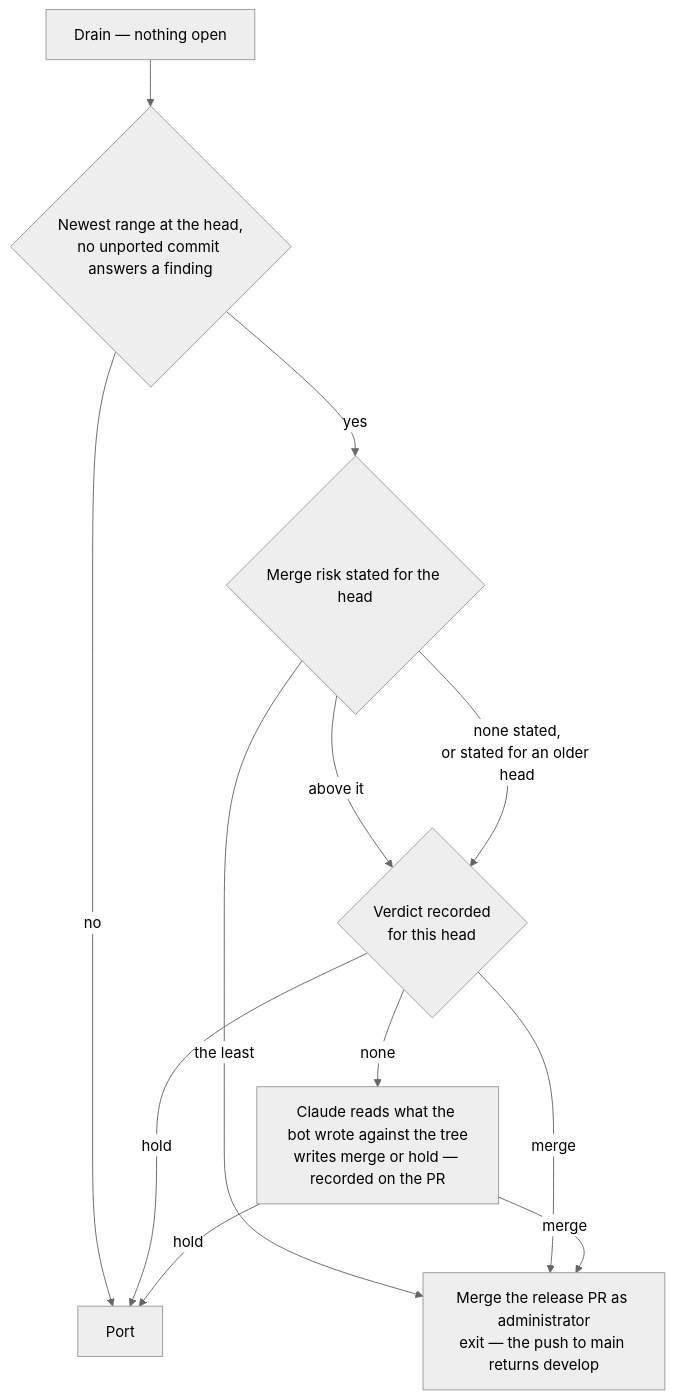
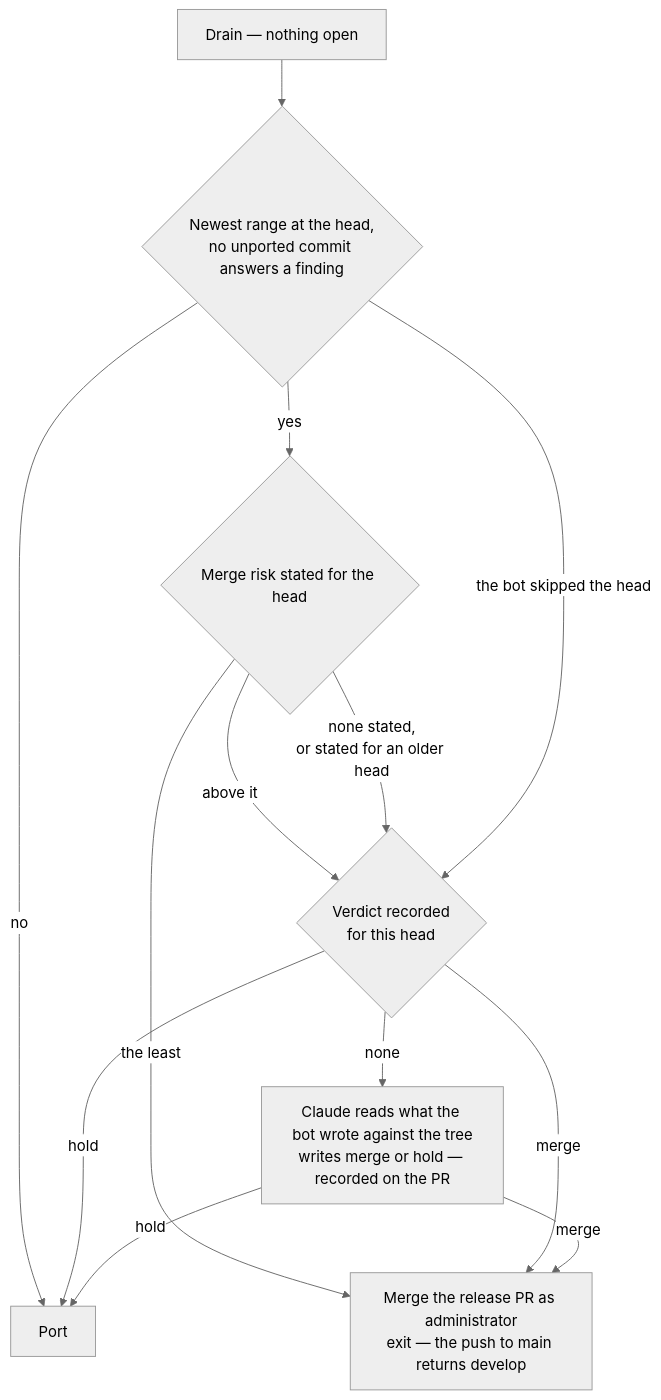
The second of 4 diagrams in apps/web/content/docs/infra/review-collector/collection-cycle.md (Esposter/Esposter), drawn with Mermaid (neutral theme) before and after one commit. The commit also changed other lines of this file and 13 other files, not shown here.

First line of the commit message:
feat(collector): a head the bot skipped reviewing is judged, never waited on

````diff
--- a/apps/web/content/docs/infra/review-collector/collection-cycle.md
+++ b/apps/web/content/docs/infra/review-collector/collection-cycle.md
@@ -78,14 +82,15 @@
 ```mermaid
 flowchart TD
   D[Drain — nothing open] --> CL{Newest range at the head,<br/>no unported commit answers a finding}
   CL -->|no| P[Port]
   CL -->|yes| MR{Merge risk stated for the head}
   MR -->|the least| MG[Merge the release PR as administrator<br/>exit — the push to main returns develop]
   MR -->|above it| V{Verdict recorded<br/>for this head}
   MR -->|none stated,<br/>or stated for an older head| V
+  CL -->|the bot skipped the head| V
   V -->|merge| MG
   V -->|hold| P
   V -->|none| J[Claude reads what the bot wrote against the tree<br/>writes merge or hold — recorded on the PR]
   J -->|merge| MG
   J -->|hold| P
 ```
````
